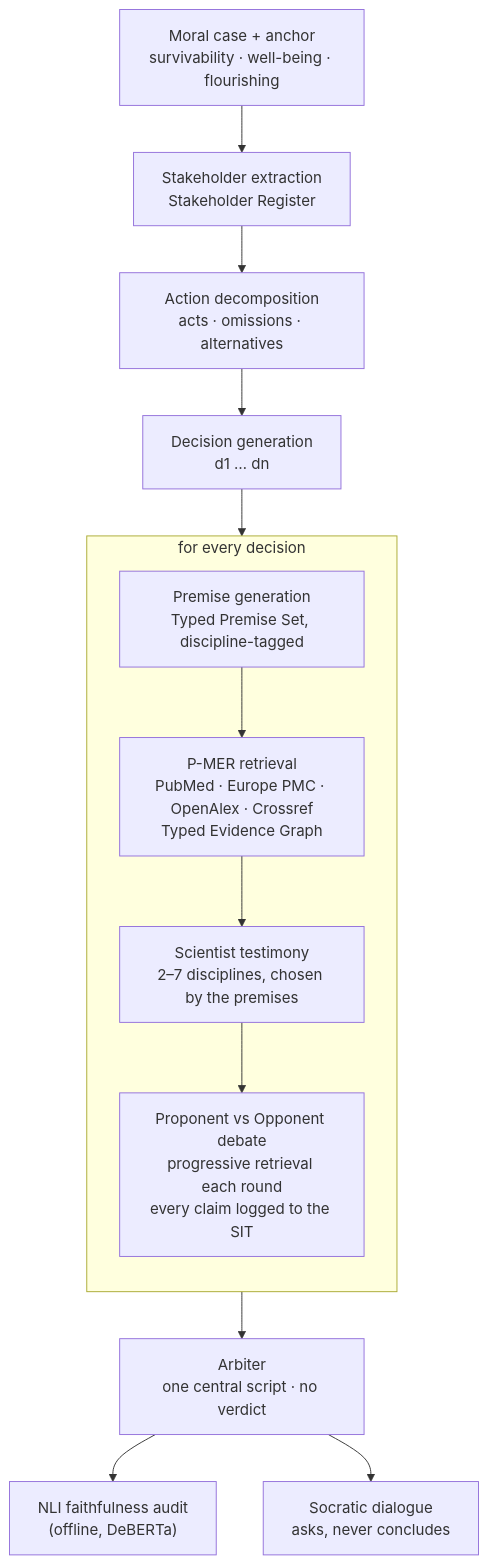
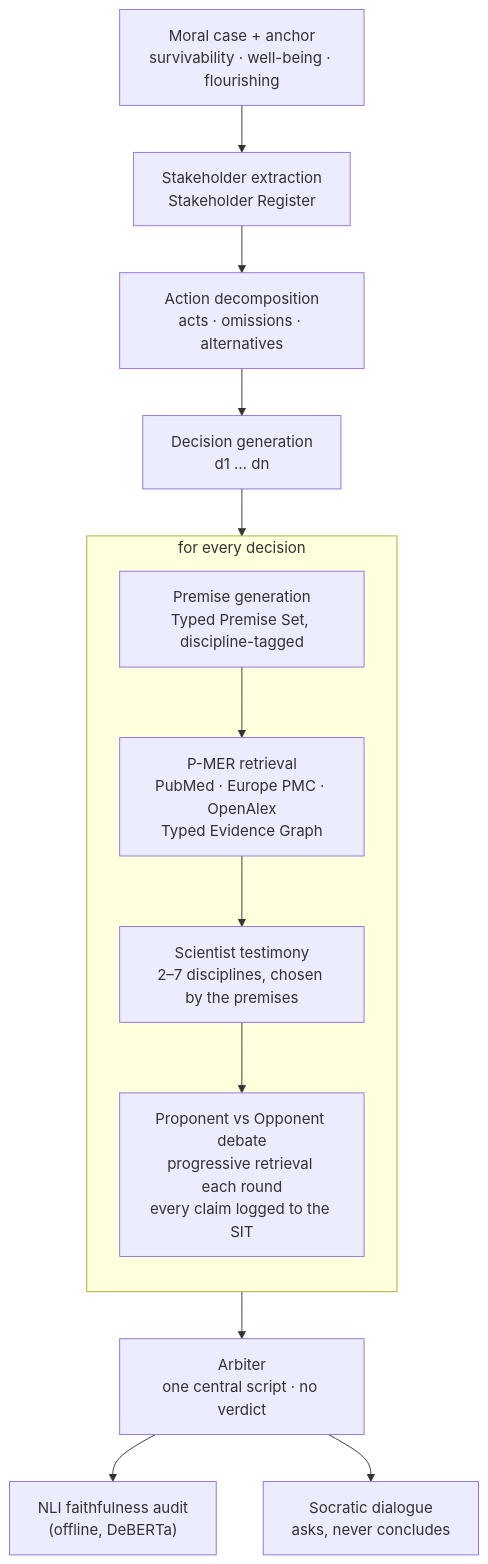
Before and after one commit to mnc13/polyphony: the diagram in README.md, drawn with Mermaid. The commit also changed other lines of this file, not shown here.

Commit message:
docs(readme): Crossref is a last-resort fallback, not a regular source

````diff
--- a/README.md
+++ b/README.md
@@ -33,18 +33,18 @@
 ```mermaid
 flowchart TD
     A["Moral case + anchor<br/>survivability · well-being · flourishing"] --> B["Stakeholder extraction<br/>Stakeholder Register"]
     B --> C["Action decomposition<br/>acts · omissions · alternatives"]
     C --> D["Decision generation<br/>d1 … dn"]
 
     subgraph LANE ["for every decision"]
         direction TB
-        P["Premise generation<br/>Typed Premise Set, discipline-tagged"] --> R["P-MER retrieval<br/>PubMed · Europe PMC · OpenAlex · Crossref<br/>Typed Evidence Graph"]
+        P["Premise generation<br/>Typed Premise Set, discipline-tagged"] --> R["P-MER retrieval<br/>PubMed · Europe PMC · OpenAlex<br/>Typed Evidence Graph"]
         R --> T["Scientist testimony<br/>2–7 disciplines, chosen by the premises"]
         T --> G["Proponent vs Opponent debate<br/>progressive retrieval each round<br/>every claim logged to the SIT"]
     end
 
     D --> P
     G --> AR["Arbiter<br/>one central script · no verdict"]
     AR --> F["NLI faithfulness audit<br/>(offline, DeBERTa)"]
     AR --> S["Socratic dialogue<br/>asks, never concludes"]
 ```
````
